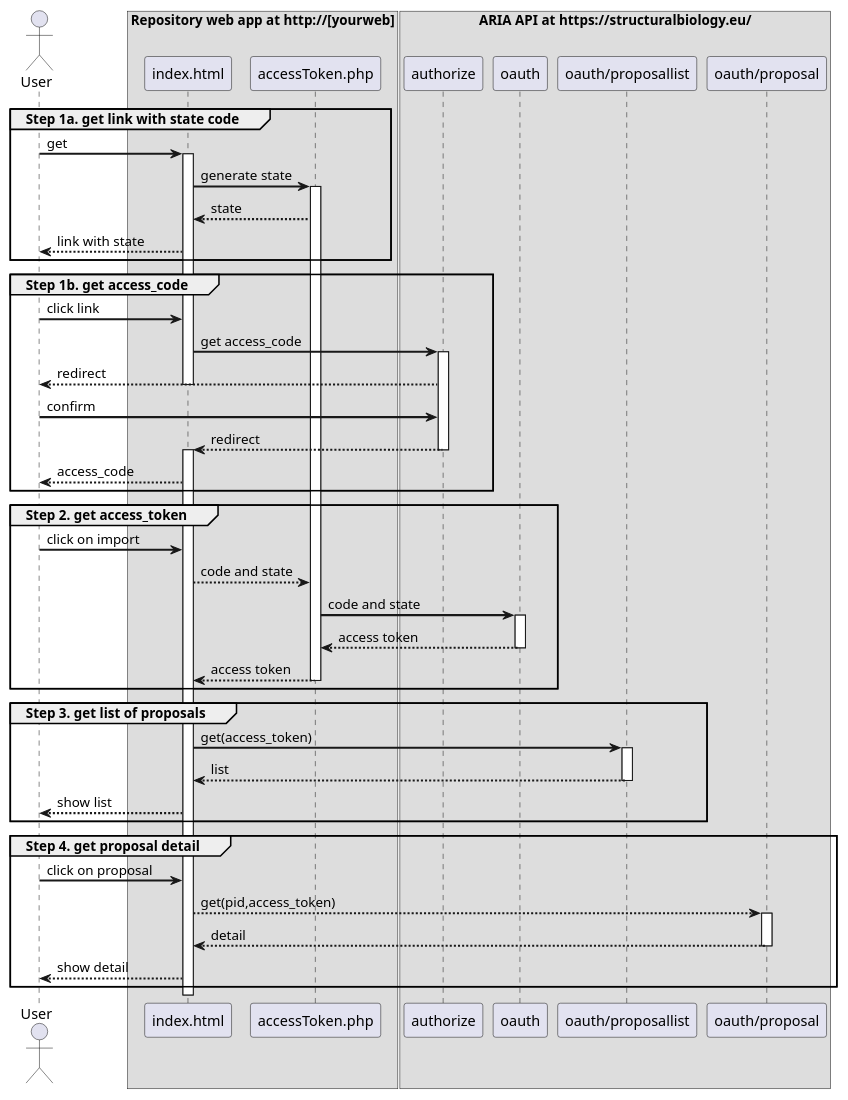
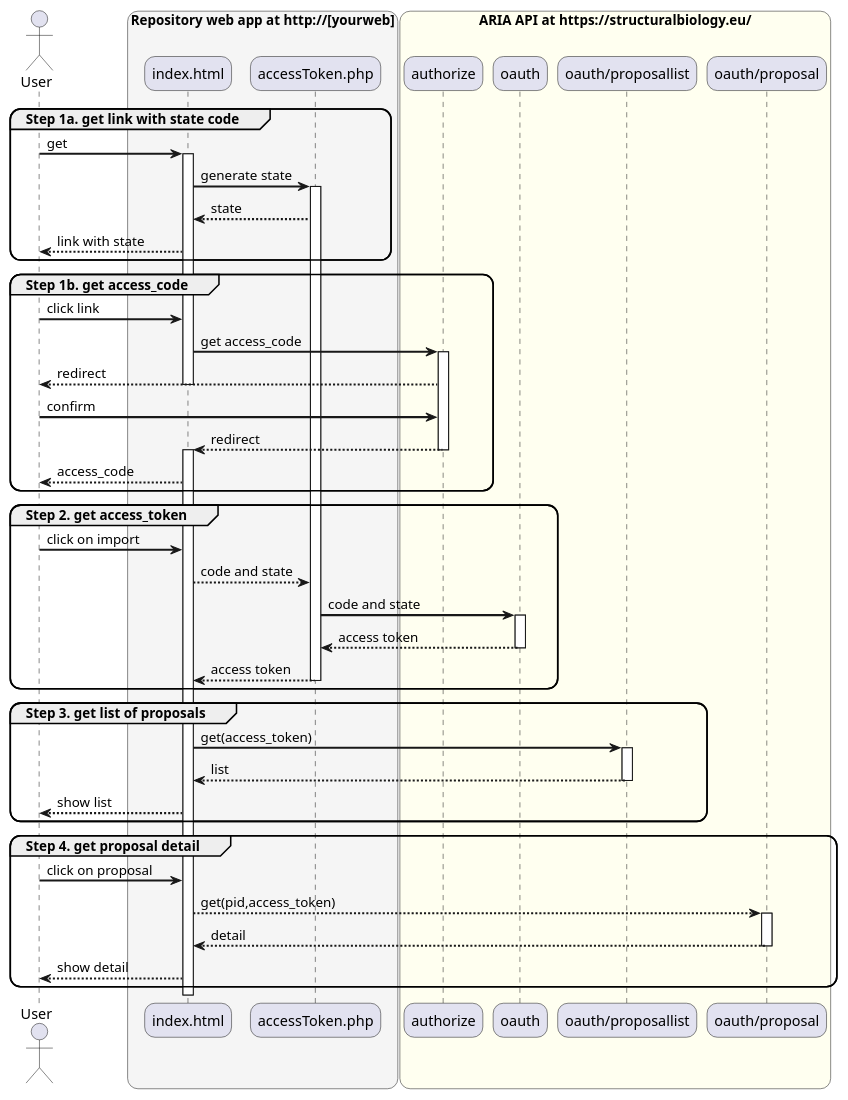
Before and after one commit to h2020-westlife-eu/westlife-docs: the diagram in repository/developers-guide/aria-integration.md, drawn with PlantUML.

Commit message:
Updates repository/developers-guide/aria-integration.md
Auto commit by GitBook Editor

```diff
--- a/repository/developers-guide/aria-integration.md
+++ b/repository/developers-guide/aria-integration.md
@@ -9,60 +9,61 @@
 {% plantuml %}
 skinparam sequenceArrowThickness 2
+skinparam roundcorner 20
 
 actor User
-box "Repository web app at http://[yourweb]"
+box "Repository web app at http://[yourweb]" #WhiteSmoke
   participant "index.html" as index
   participant "accessToken.php" as php
 end box
-box "ARIA API at https://structuralbiology.eu/"
+box "ARIA API at https://structuralbiology.eu/" #Ivory
 participant "authorize" as authorize
 participant "oauth" as oauth
 participant "oauth/proposallist" as list
 participant "oauth/proposal" as proposal
 end box
 group Step 1a. get link with state code
   User -> index: get
   activate index
   index -> php: generate state
   activate php
   php --> index: state
   index --> User: link with state
 end
 group Step 1b. get access_code
   User -> index: click link
   index -> authorize: get access_code
   activate authorize
   authorize --> User: redirect
   deactivate index
   User -> authorize: confirm 
   authorize --> index: redirect
   deactivate authorize
   activate index
   index --> User: access_code
 end
 group Step 2. get access_token
   User -> index: click on import
   index --> php: code and state
   php -> oauth: code and state
   activate oauth
   oauth --> php: access token
   deactivate oauth
   php --> index: access token
   deactivate php
 end
 group Step 3. get list of proposals
   index -> list: get(access_token)
   activate list
   list --> index: list
   deactivate list
   index --> User: show list
 end
 group Step 4. get proposal detail
   User -> index: click on proposal
   index --> proposal: get(pid,access_token)
   activate proposal
   proposal --> index: detail
   deactivate proposal
   index --> User: show detail
 end
 {% endplantuml %}
```
